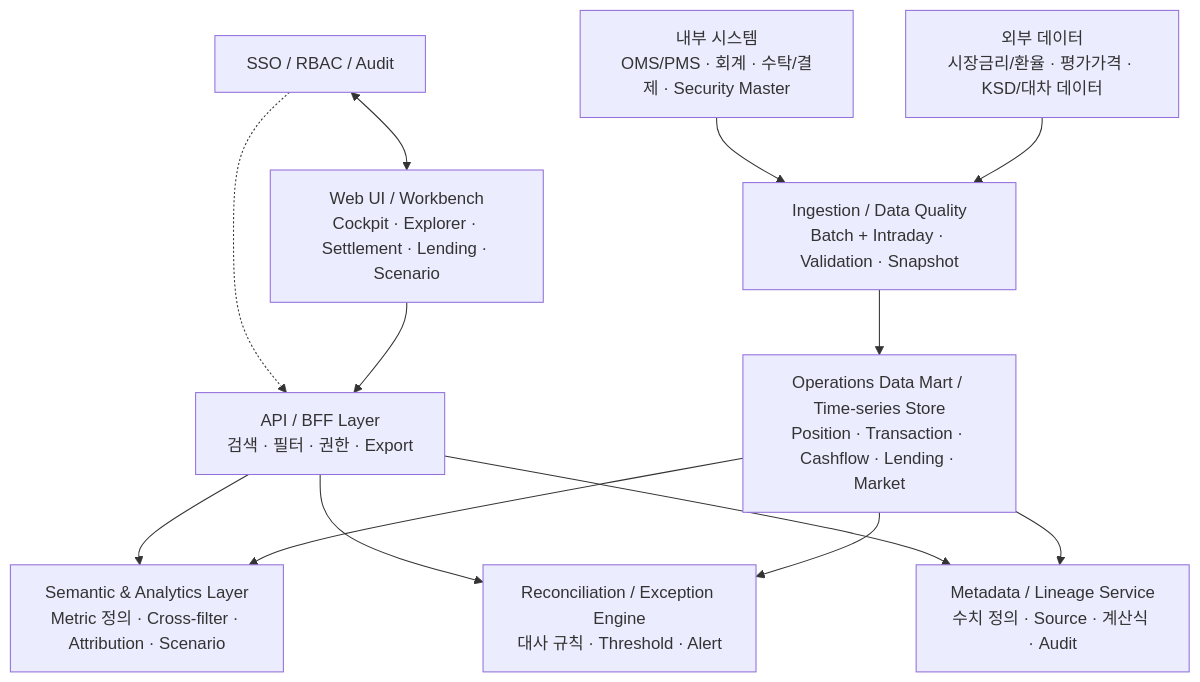
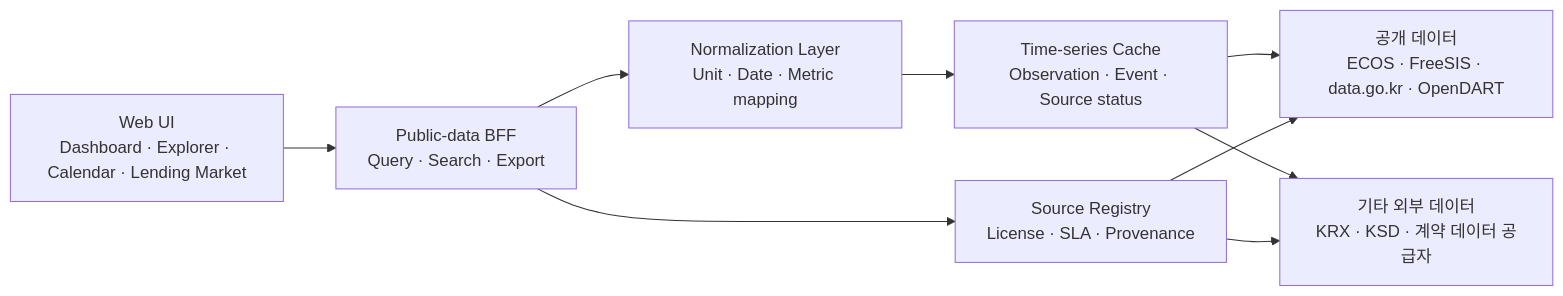
One commit to HideOnHouse/bondb changed the first of 3 diagrams in docs/design-document.md. Above: the diagram before and after it, drawn with Mermaid. The commit also changed other lines of this file and 3 other files, not shown here.

````diff
--- a/docs/design-document.md
+++ b/docs/design-document.md
@@ -79,26 +93,19 @@
 ```mermaid
-flowchart TB
-    SEC["SSO / RBAC / Audit"]
-    UI["Web UI / Workbench<br/>Cockpit · Explorer · Settlement · Lending · Scenario"]
-    API["API / BFF Layer<br/>검색 · 필터 · 권한 · Export"]
-    SEM["Semantic & Analytics Layer<br/>Metric 정의 · Cross-filter · Attribution · Scenario"]
-    REC["Reconciliation / Exception Engine<br/>대사 규칙 · Threshold · Alert"]
-    LIN["Metadata / Lineage Service<br/>수치 정의 · Source · 계산식 · Audit"]
-    MART["Operations Data Mart / Time-series Store<br/>Position · Transaction · Cashflow · Lending · Market"]
-    ING["Ingestion / Data Quality<br/>Batch + Intraday · Validation · Snapshot"]
-    INT["내부 시스템<br/>OMS/PMS · 회계 · 수탁/결제 · Security Master"]
-    EXT["외부 데이터<br/>시장금리/환율 · 평가가격 · KSD/대차 데이터"]
+flowchart LR
+    UI["Web UI<br/>Dashboard · Explorer · Calendar · Lending Market"]
+    API["Public-data BFF<br/>Query · Search · Export"]
+    NORM["Normalization Layer<br/>Unit · Date · Metric mapping"]
+    CACHE["Time-series Cache<br/>Observation · Event · Source status"]
+    META["Source Registry<br/>License · SLA · Provenance"]
+    PUB["공개 데이터<br/>ECOS · FreeSIS · data.go.kr · OpenDART"]
+    EXT["기타 외부 데이터<br/>KRX · KSD · 계약 데이터 공급자"]
 
-    SEC <--> UI
-    SEC -.-> API
     UI --> API
-    API --> SEM
-    API --> REC
-    API --> LIN
-    INT --> ING
-    EXT --> ING
-    ING --> MART
-    MART --> SEM
-    MART --> REC
-    MART --> LIN
+    API --> NORM
+    API --> META
+    NORM --> CACHE
+    CACHE --> PUB
+    CACHE --> EXT
+    META --> PUB
+    META --> EXT
 ```
````
